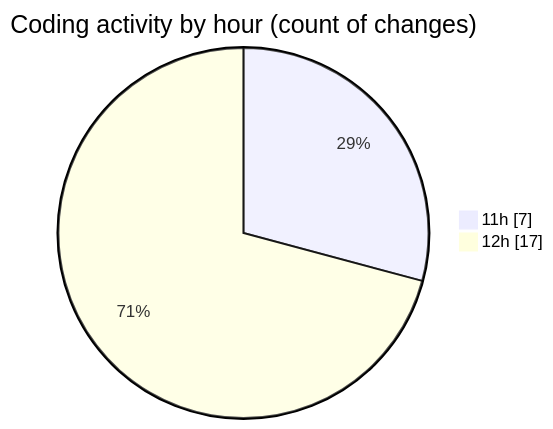
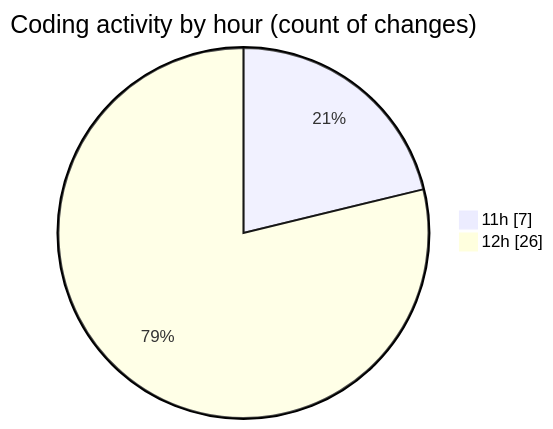
One commit to LanceThiago/code-tracking changed the second of 2 diagrams in 2025-01-08/nueva_carpeta/README.md. Above: the diagram before and after it, drawn with Mermaid. The commit also changed other lines of this file and 1 other file, not shown here.

````diff
--- a/2025-01-08/nueva_carpeta/README.md
+++ b/2025-01-08/nueva_carpeta/README.md
@@ -28,6 +28,6 @@
 ```mermaid
 pie showData
 title Coding activity by hour (count of changes)
 "11h" : 7
-"12h" : 17
+"12h" : 26
 ```
````
